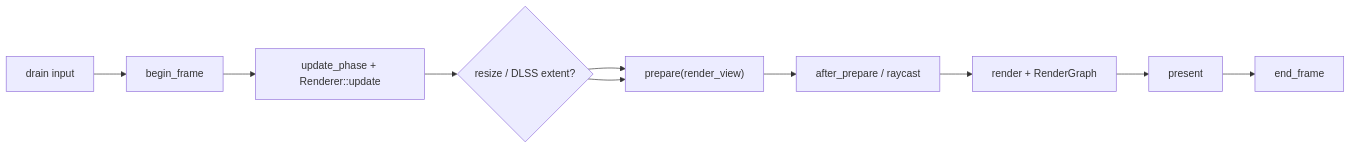
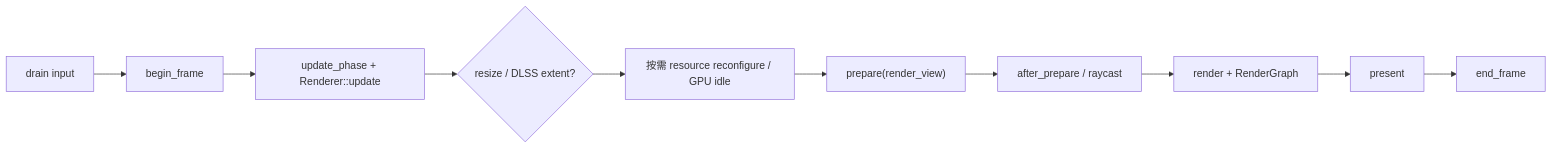
The second of 2 diagrams in docs/design/frame-execution-and-window-lifecycle.md (acccoco/TruvisRenderer), drawn with Mermaid before and after one commit. The commit also changed other lines of this file and 5 other files, not shown here.

````diff
--- a/docs/design/frame-execution-and-window-lifecycle.md
+++ b/docs/design/frame-execution-and-window-lifecycle.md
@@ -24,12 +24,12 @@
 ```mermaid
 flowchart LR
     Input["drain input"] --> Begin["begin_frame"]
     Begin --> Update["update_phase + Renderer::update"]
     Update --> Resize{"resize / DLSS extent?"}
-    Resize --> Prepare["prepare(render_view)"]
-    Resize --> Prepare
+    Resize --> Resources["按需 resource reconfigure / GPU idle"]
+    Resources --> Prepare["prepare(render_view)"]
     Prepare --> Query["after_prepare / raycast"]
     Query --> Render["render + RenderGraph"]
     Render --> Present["present"]
     Present --> End["end_frame"]
 ```
````
